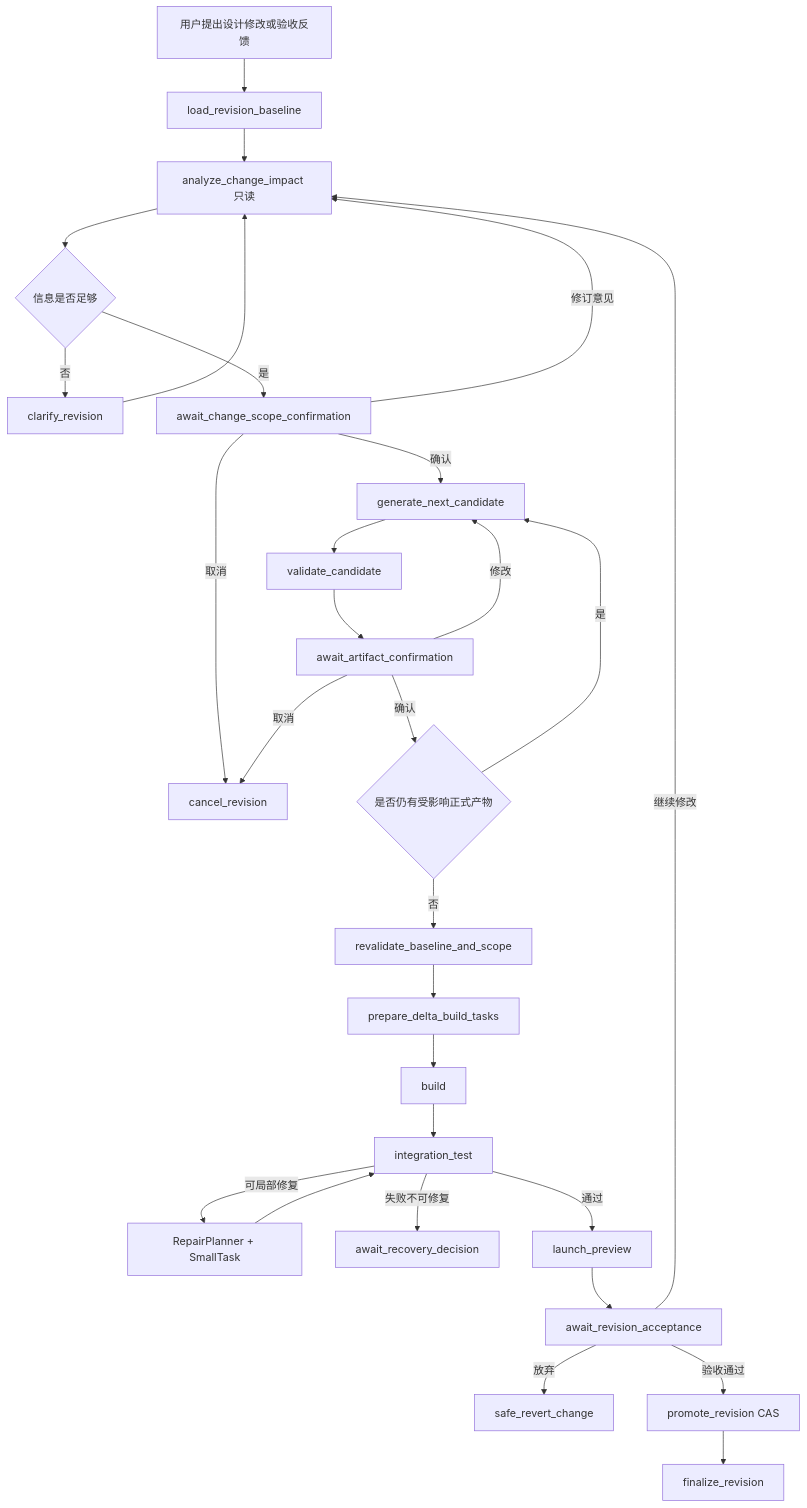
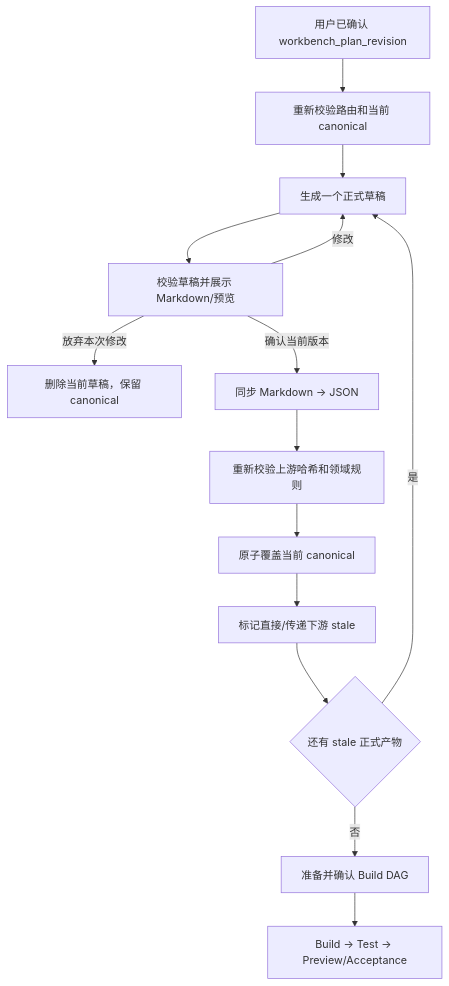
One commit to YYYWYF/XCodeAgent changed the second of 3 diagrams in docs/APPLICATION_REVISION_WORKFLOW.md. Above: the diagram before and after it, drawn with Mermaid. The commit also changed other lines of this file and 91 other files, not shown here.

````diff
--- a/docs/APPLICATION_REVISION_WORKFLOW.md
+++ b/docs/APPLICATION_REVISION_WORKFLOW.md
@@ -323,31 +338,16 @@
 ```mermaid
 flowchart TD
-    A["用户提出设计修改或验收反馈"] --> B["load_revision_baseline"]
-    B --> C["analyze_change_impact 只读"]
-    C --> D{"信息是否足够"}
-    D -- 否 --> E["clarify_revision"]
-    E --> C
-    D -- 是 --> F["await_change_scope_confirmation"]
-    F -- 修订意见 --> C
-    F -- 取消 --> X["cancel_revision"]
-    F -- 确认 --> G["generate_next_candidate"]
-    G --> H["validate_candidate"]
-    H --> I["await_artifact_confirmation"]
-    I -- 修改 --> G
-    I -- 取消 --> X
-    I -- 确认 --> J{"是否仍有受影响正式产物"}
-    J -- 是 --> G
-    J -- 否 --> K["revalidate_baseline_and_scope"]
-    K --> L["prepare_delta_build_tasks"]
-    L --> M["build"]
-    M --> N["integration_test"]
-    N -- 可局部修复 --> O["RepairPlanner + SmallTask"]
-    O --> N
-    N -- 失败不可修复 --> P["await_recovery_decision"]
-    N -- 通过 --> Q["launch_preview"]
-    Q --> R["await_revision_acceptance"]
-    R -- 继续修改 --> C
-    R -- 放弃 --> S["safe_revert_change"]
-    R -- 验收通过 --> T["promote_revision CAS"]
-    T --> U["finalize_revision"]
+    A["用户已确认 workbench_plan_revision"] --> B["重新校验路由和当前 canonical"]
+    B --> C["生成一个正式草稿"]
+    C --> D["校验草稿并展示 Markdown/预览"]
+    D -- 修改 --> C
+    D -- 放弃本次修改 --> E["删除当前草稿，保留 canonical"]
+    D -- 确认当前版本 --> F["同步 Markdown -> JSON"]
+    F --> G["重新校验上游哈希和领域规则"]
+    G --> H["原子覆盖当前 canonical"]
+    H --> I["标记直接/传递下游 stale"]
+    I --> J{"还有 stale 正式产物"}
+    J -- 是 --> C
+    J -- 否 --> K["准备并确认 Build DAG"]
+    K --> L["Build -> Test -> Preview/Acceptance"]
 ```
````
